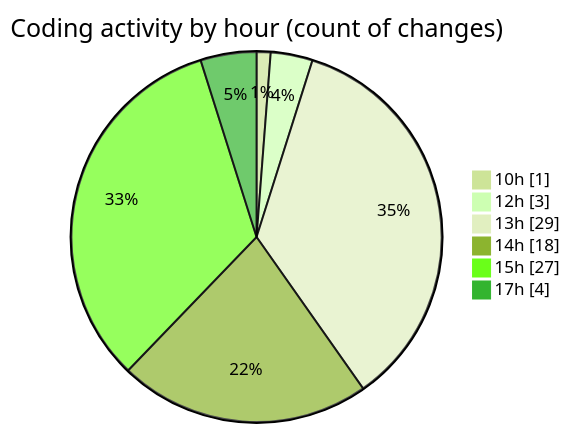
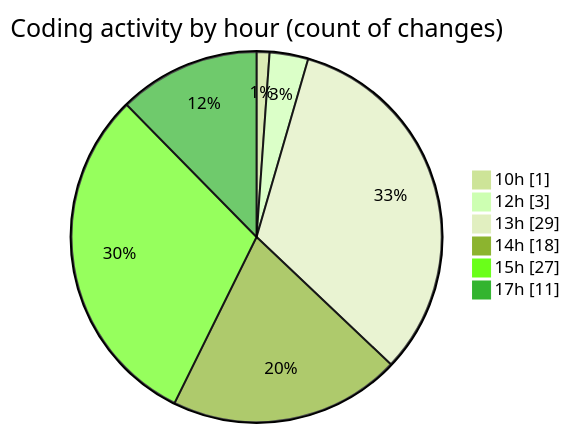
Before and after one commit to momahboobian/code-tracking: the second of 2 diagrams in 2025-08-01/cda/README.md, drawn with Mermaid (forest theme). The commit also changed other lines of this file and 1 other file, not shown here.

````diff
--- a/2025-08-01/cda/README.md
+++ b/2025-08-01/cda/README.md
@@ -28,10 +28,10 @@
 ```mermaid
 pie showData
 title Coding activity by hour (count of changes)
 "10h" : 1
 "12h" : 3
 "13h" : 29
 "14h" : 18
 "15h" : 27
-"17h" : 4
+"17h" : 11
 ```
````
